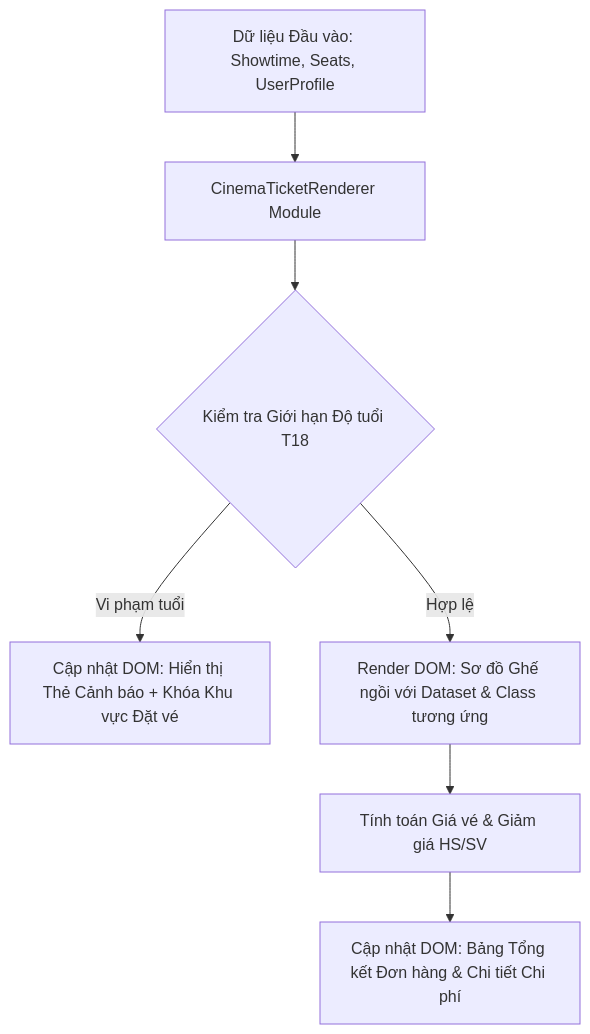
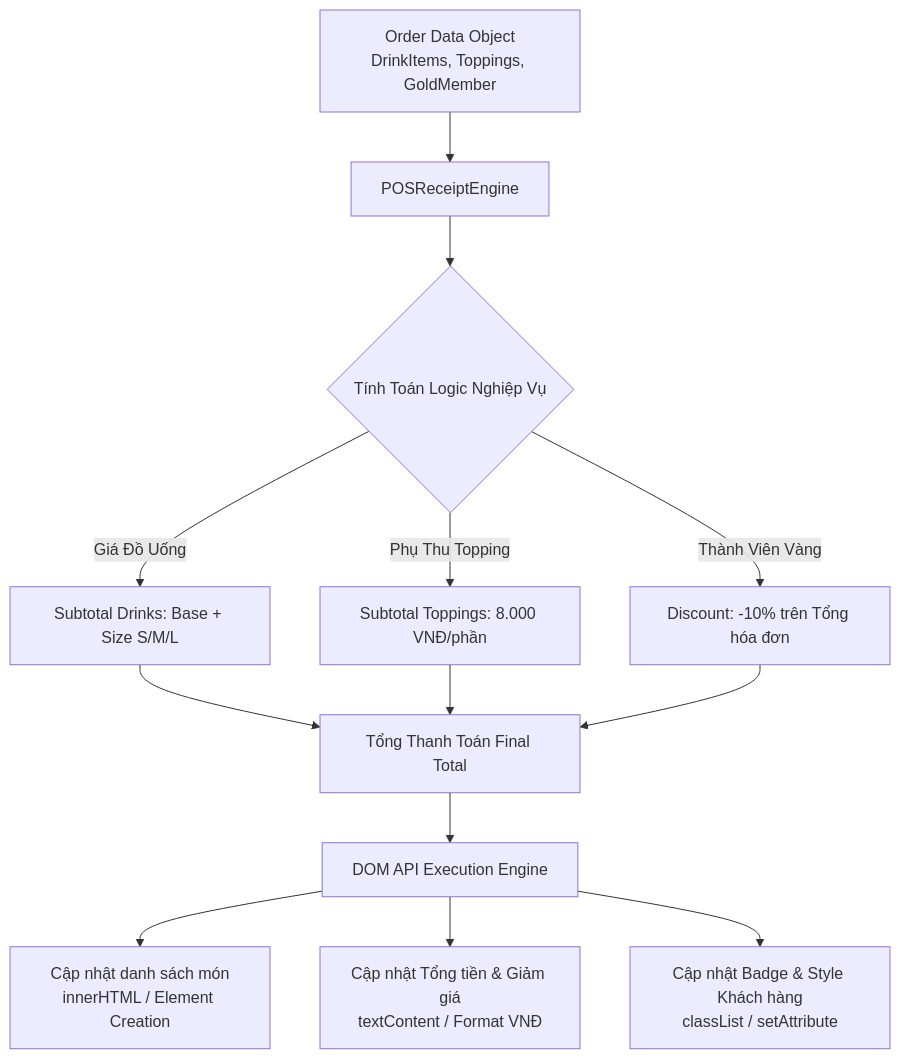
Before and after one commit to ngoquy12/learning_material: the diagram in output/pms/Phát_triển_ứng_dụng_web/Session 17 - Tương tác DOM API (Document Object Model)- Truy xuất và Thay đổi Nội dung/Bài tập/bai_tap_15.md, drawn with Mermaid. The commit also changed other lines of this file and 116 other files, not shown here.

Commit message:
fix(homework): standardize 15-exercise Bloom suite naming convention, add synthesis/mindmap exercises, clean legacy stubs, and integrate HomeworkReviewerAgent

````diff
--- a/output/pms/Phát_triển_ứng_dụng_web/Session 17 - Tương tác DOM API (Document Object Model)- Truy xuất và Thay đổi Nội dung/Bài tập/bai_tap_15.md
+++ b/output/pms/Phát_triển_ứng_dụng_web/Session 17 - Tương tác DOM API (Document Object Model)- Truy xuất và Thay đổi Nội dung/Bài tập/bai_tap_15.md
@@ -16,9 +17,13 @@
 ```mermaid
 graph TD
-    A[Dữ liệu Đầu vào: Showtime, Seats, UserProfile] --> B[CinemaTicketRenderer Module]
-    B --> C{Kiểm tra Giới hạn Độ tuổi T18}
-    C -->|Vi phạm tuổi| D[Cập nhật DOM: Hiển thị Thẻ Cảnh báo + Khóa Khu vực Đặt vé]
-    C -->|Hợp lệ| E[Render DOM: Sơ đồ Ghế ngồi với Dataset & Class tương ứng]
-    E --> F[Tính toán Giá vé & Giảm giá HS/SV]
-    F --> G[Cập nhật DOM: Bảng Tổng kết Đơn hàng & Chi tiết Chi phí]
+    A[Order Data Object<br/>DrinkItems, Toppings, GoldMember] --> B[POSReceiptEngine]
+    B --> C{Tính Toán Logic Nghiệp Vụ}
+    C -->|Giá Đồ Uống| D[Subtotal Drinks: Base + Size S/M/L]
+    C -->|Phụ Thu Topping| E[Subtotal Toppings: 8.000 VNĐ/phần]
+    C -->|Thành Viên Vàng| F[Discount: -10% trên Tổng hóa đơn]
+    D & E & F --> G[Tổng Thanh Toán Final Total]
+    G --> H[DOM API Execution Engine]
+    H --> I[Cập nhật danh sách món<br/>innerHTML / Element Creation]
+    H --> J[Cập nhật Tổng tiền & Giảm giá<br/>textContent / Format VNĐ]
+    H --> K[Cập nhật Badge & Style Khách hàng<br/>classList / setAttribute]
 ```
````
